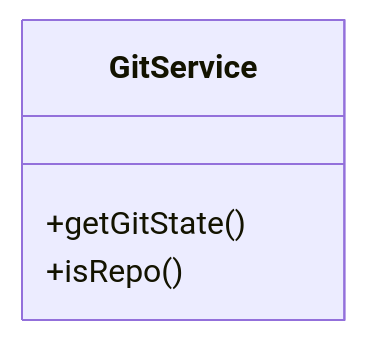
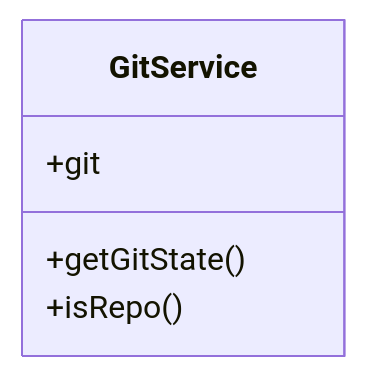
One commit to spanexx/MemoWikiV1 changed the diagram in .codewiki/diagrams/git-service.mmd. Above: the diagram before and after it, drawn with Mermaid. The commit also changed other lines of this file and 114 other files, not shown here.

````diff
--- a/.codewiki/diagrams/git-service.mmd
+++ b/.codewiki/diagrams/git-service.mmd
@@ -2,7 +1,8 @@
 ```mermaid
 classDiagram
     class GitService {
+        +git
         +getGitState()
         +isRepo()
     }
 ```
````
